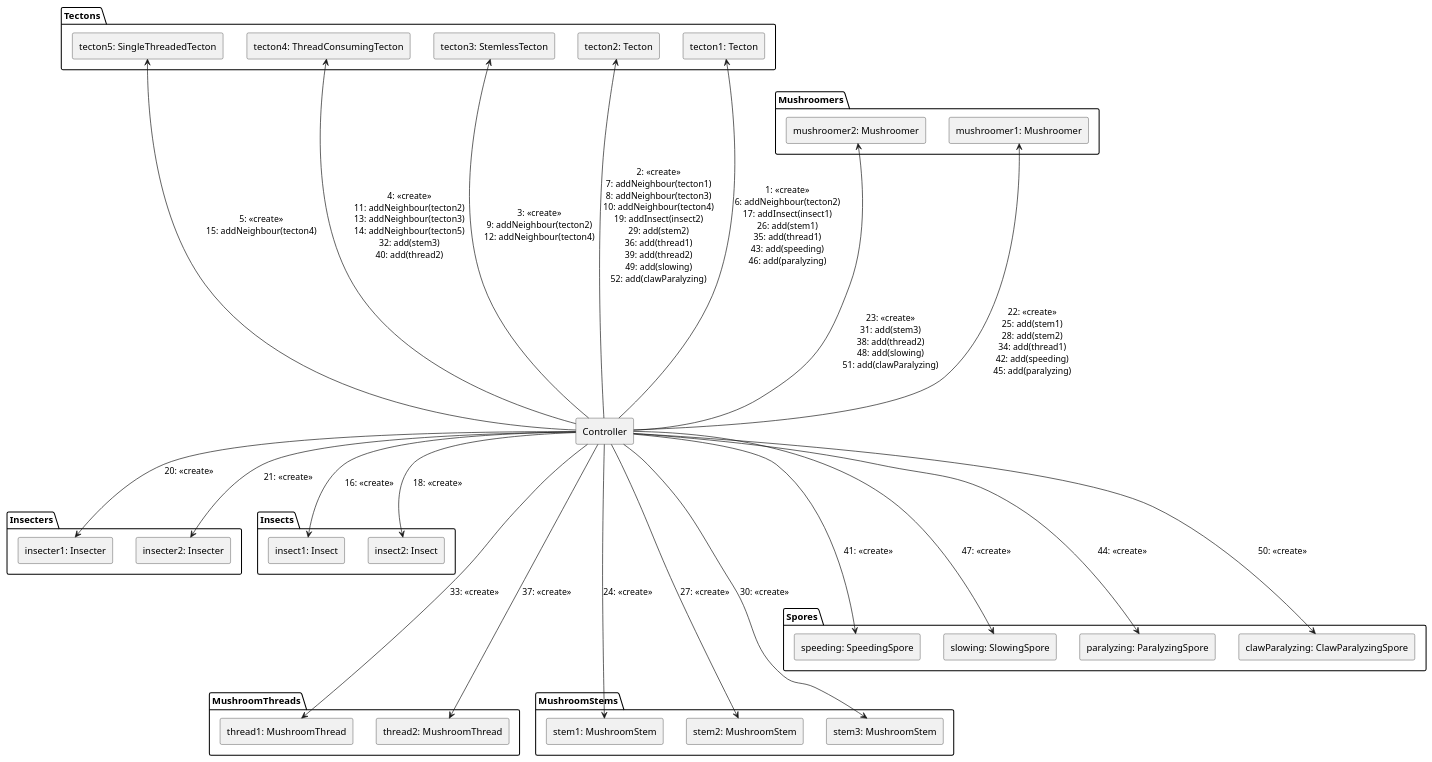
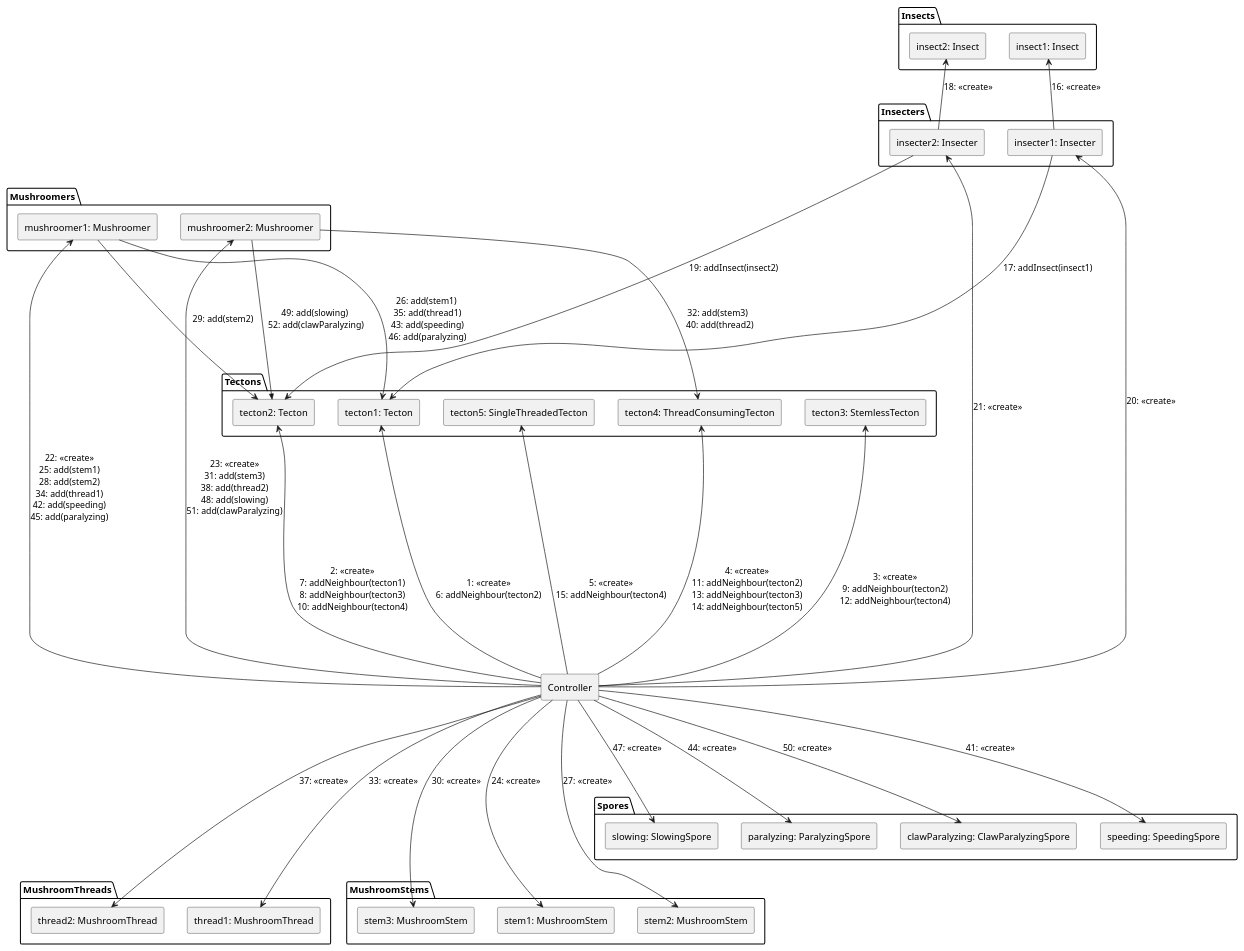
One commit to Petya-G/fungorium changed the diagram in 5/communication_diagrams/big_diagram_2.puml. Above: the diagram before and after it, drawn with PlantUML.

Commit message:
# fix star pattern in big diagram 2

```diff
--- a/5/communication_diagrams/big_diagram_2.puml
+++ b/5/communication_diagrams/big_diagram_2.puml
@@ -1,78 +1,88 @@
 @startuml Communication diagram
 
 rectangle "Controller" as Controller
 
 package "Tectons" {
     rectangle "tecton1: Tecton" as tecton1
     rectangle "tecton2: Tecton" as tecton2
     rectangle "tecton3: StemlessTecton" as tecton3
     rectangle "tecton4: ThreadConsumingTecton" as tecton4
     rectangle "tecton5: SingleThreadedTecton" as tecton5
 }
 
 package "Insecters" {
     rectangle "insecter1: Insecter" as insecter1
     rectangle "insecter2: Insecter" as insecter2
 }
 
 package "Mushroomers" {
     rectangle "mushroomer1: Mushroomer" as mushroomer1
     rectangle "mushroomer2: Mushroomer" as mushroomer2
 }
 
 package "Insects" {
     rectangle "insect1: Insect" as insect1
     rectangle "insect2: Insect" as insect2
 }
 
 package "MushroomThreads" {
     rectangle "thread1: MushroomThread" as thread1
     rectangle "thread2: MushroomThread" as thread2
 }
 
 package "MushroomStems" {
     rectangle "stem1: MushroomStem" as stem1
     rectangle "stem2: MushroomStem" as stem2
     rectangle "stem3: MushroomStem" as stem3
 }
 
 package "Spores" {
     rectangle "speeding: SpeedingSpore" as speeding
     rectangle "slowing: SlowingSpore" as slowing
     rectangle "paralyzing: ParalyzingSpore" as paralyzing
     rectangle "clawParalyzing: ClawParalyzingSpore" as clawParalyzing
 }
 
 ' Creating tectons and assigning neighbors
-Controller -up---> tecton1 : 1: <<create>>\n6: addNeighbour(tecton2)\n17: addInsect(insect1)\n26: add(stem1)\n35: add(thread1)\n43: add(speeding)\n46: add(paralyzing)
-Controller -up---> tecton2 : 2: <<create>>\n7: addNeighbour(tecton1)\n8: addNeighbour(tecton3)\n10: addNeighbour(tecton4)\n19: addInsect(insect2)\n29: add(stem2)\n36: add(thread1)\n39: add(thread2)\n49: add(slowing)\n52: add(clawParalyzing)
+Controller -up---> tecton1 : 1: <<create>>\n6: addNeighbour(tecton2)
+Controller -up---> tecton2 : 2: <<create>>\n7: addNeighbour(tecton1)\n8: addNeighbour(tecton3)\n10: addNeighbour(tecton4)
+'\n36: add(thread1)\n39: add(thread2)\n49: add(slowing)
 Controller -up---> tecton3 : 3: <<create>>\n9: addNeighbour(tecton2)\n12: addNeighbour(tecton4)
-Controller -up---> tecton4 : 4: <<create>>\n11: addNeighbour(tecton2)\n13: addNeighbour(tecton3)\n14: addNeighbour(tecton5)\n32: add(stem3)\n40: add(thread2)
+Controller -up---> tecton4 : 4: <<create>>\n11: addNeighbour(tecton2)\n13: addNeighbour(tecton3)\n14: addNeighbour(tecton5)
+mushroomer2 --> tecton4 : 32: add(stem3) \n 40: add(thread2)
+mushroomer2 ->> tecton2 : 49: add(slowing)\n 52: add(clawParalyzing)
+
+mushroomer1 --> tecton1 : 26: add(stem1)\n 35: add(thread1)\n 43: add(speeding)\n 46: add(paralyzing)
+mushroomer1 --down-> tecton2 : 29: add(stem2)
+
+insecter1 ----> tecton1 : 17: addInsect(insect1)
+insecter2 ----> tecton2 : 19: addInsect(insect2)
+
 Controller -up---> tecton5 : 5: <<create>>\n15: addNeighbour(tecton4)
 
 ' Creating insects and adding them to tectons
-Controller --> insect1 : 16: <<create>>
-Controller --> insect2 : 18: <<create>>
+insecter1 -up-> insect1 : 16: <<create>>
+insecter2 -up-> insect2 : 18: <<create>>
 
 ' Creating players
 Controller --> insecter1 : 20: <<create>>\n\n
 Controller --> insecter2 : 21: <<create>>\n
 Controller -up--> mushroomer1 : 22: <<create>>\n25: add(stem1)\n28: add(stem2)\n34: add(thread1)\n42: add(speeding)\n45: add(paralyzing)
 Controller -up--> mushroomer2 : 23: <<create>>\n31: add(stem3)\n38: add(thread2)\n48: add(slowing)\n51: add(clawParalyzing)
 
 ' Creating stems and adding them
 Controller ----> stem1 : 24: <<create>>
 Controller ----> stem2 : 27: <<create>>
 Controller ----> stem3 : 30: <<create>>
 
 ' Creating threads and adding them
 Controller ----> thread1 : 33: <<create>>
 Controller ----> thread2 : 37: <<create>>
 
 ' Creating spores and adding them
 Controller ---> speeding : 41: <<create>>
 Controller ---> paralyzing : 44: <<create>>
 Controller ---> slowing : 47: <<create>>
 Controller ---> clawParalyzing : 50: <<create>>
 
 @enduml
```
